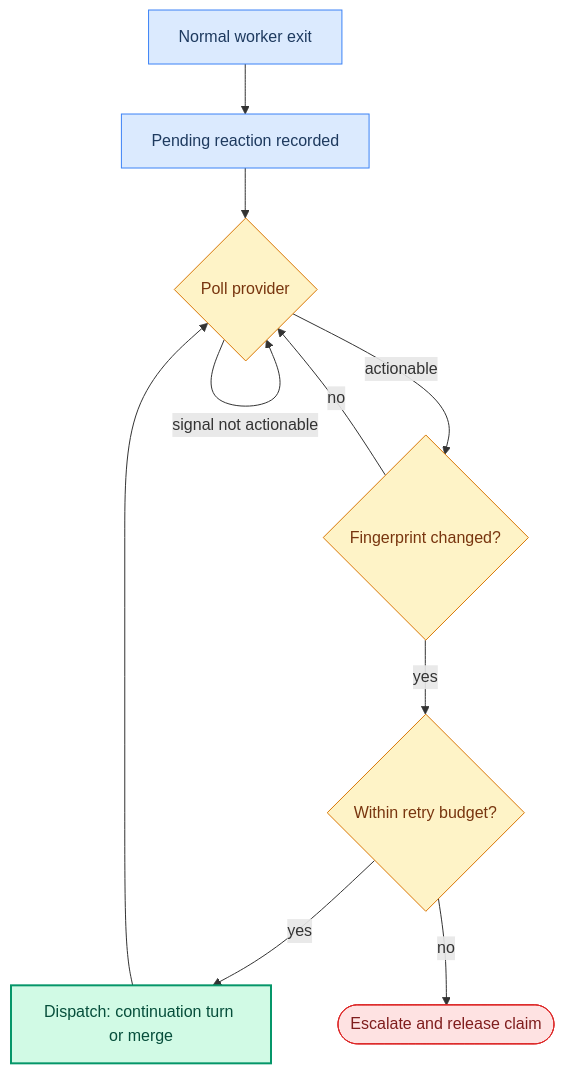
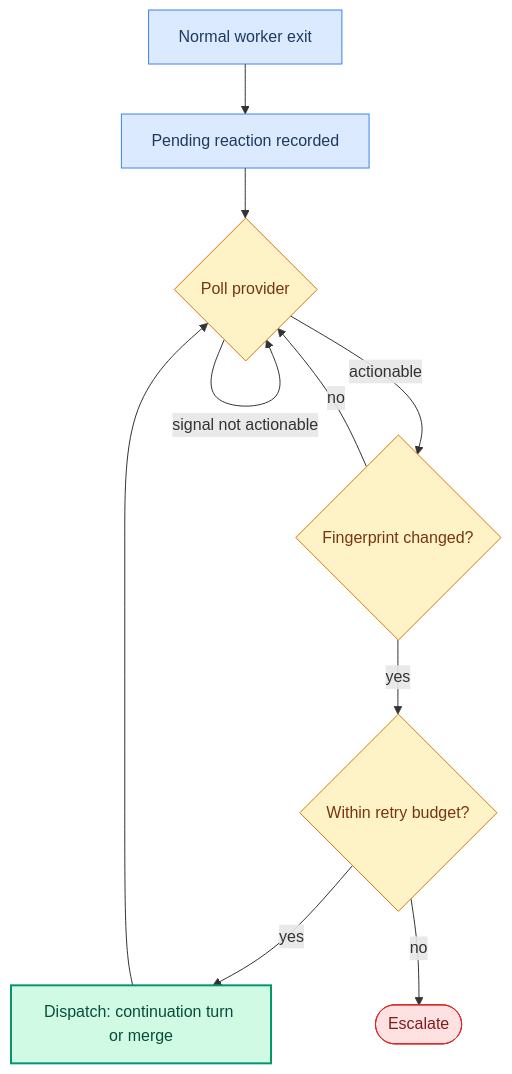
The diagram in content/reference/reactions.md (sortie-ai/docs), drawn with Mermaid before and after one commit. The commit also changed other lines of this file and 10 other files, not shown here.

````diff
--- a/content/reference/reactions.md
+++ b/content/reference/reactions.md
@@ -26,22 +38,22 @@
 ```mermaid
 flowchart TD
     EX[Normal worker exit] --> PE[Pending reaction recorded]
     PE --> PL{Poll provider}
     PL -->|signal not actionable| PL
     PL -->|actionable| FP{Fingerprint changed?}
     FP -->|no| PL
     FP -->|yes| BUD{Within retry budget?}
     BUD -->|yes| DI[Dispatch: continuation turn or merge]
     DI --> PL
-    BUD -->|no| ES([Escalate and release claim])
+    BUD -->|no| ES([Escalate])
 
     classDef start fill:#dbeafe,stroke:#3b82f6,color:#1e3a5f
     classDef decision fill:#fef3c7,stroke:#d97706,color:#78350f
     classDef action fill:#d1fae5,stroke:#059669,color:#064e3b,stroke-width:2px
     classDef terminal fill:#fee2e2,stroke:#dc2626,color:#7f1d1d
 
     class EX,PE start
     class PL,FP,BUD decision
     class DI action
     class ES terminal
 ```
````
